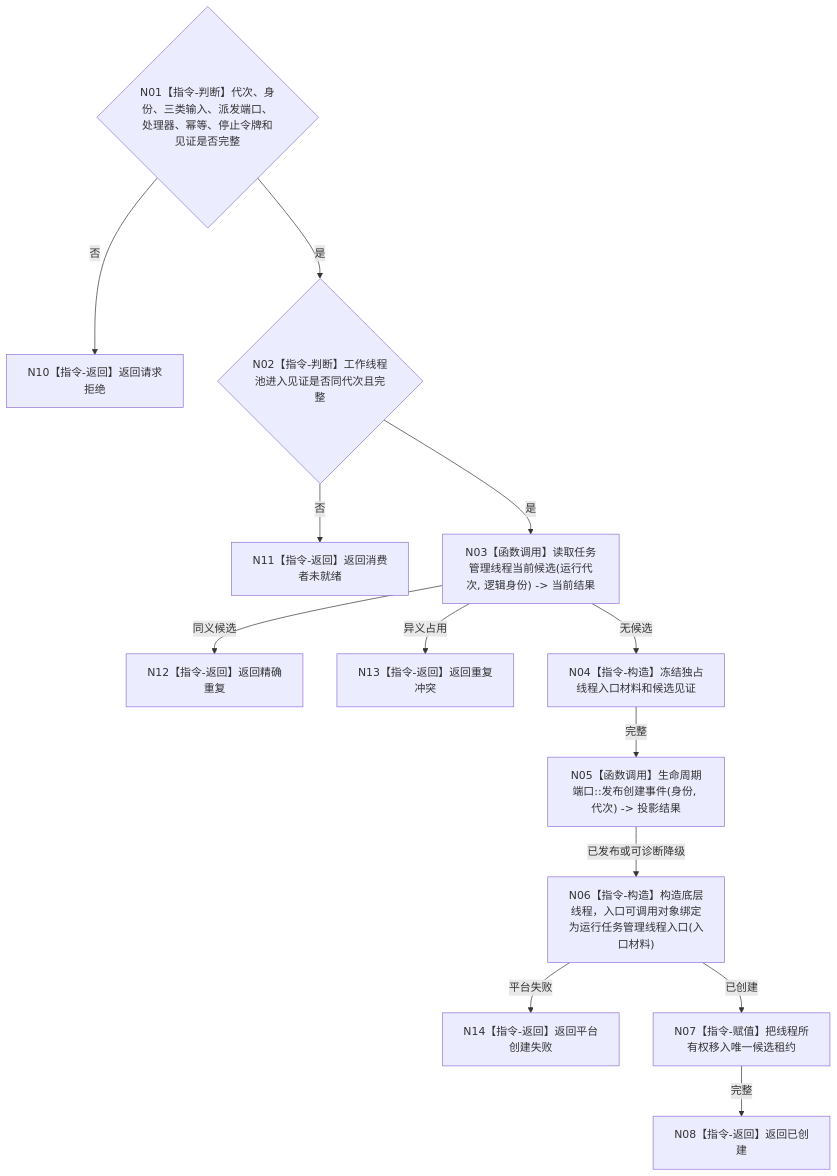
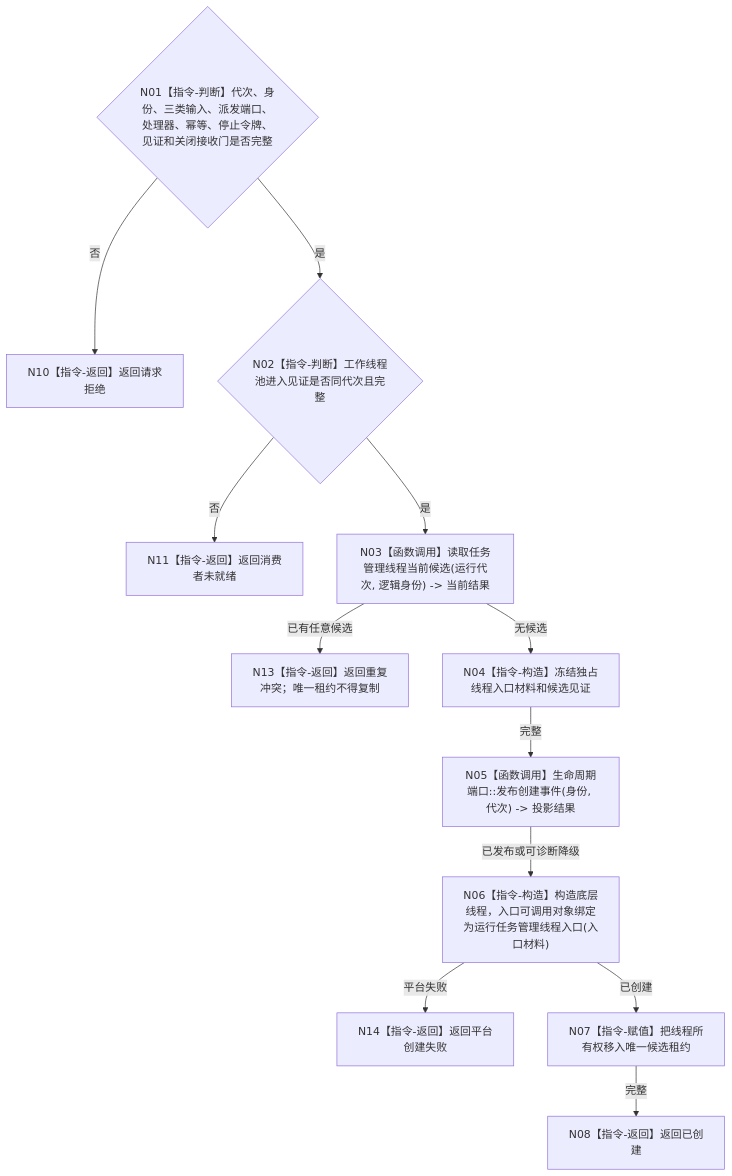
One commit to chunhaizh-cyber/HY-Ego changed the diagram in 流程图/目标业务流程图/L4/BIZ-L4-001-06-01-01_创建任务管理线程候选_目标函数流程图_v0.1.md. Above: the diagram before and after it, drawn with Mermaid. The commit also changed other lines of this file and 17 other files, not shown here.

````diff
--- a/流程图/目标业务流程图/L4/BIZ-L4-001-06-01-01_创建任务管理线程候选_目标函数流程图_v0.1.md
+++ b/流程图/目标业务流程图/L4/BIZ-L4-001-06-01-01_创建任务管理线程候选_目标函数流程图_v0.1.md
@@ -30,15 +30,14 @@
 ```mermaid
 flowchart TD
- N01{"N01【指令-判断】代次、身份、三类输入、派发端口、处理器、幂等、停止令牌和见证是否完整"} -->|否| N10["N10【指令-返回】返回请求拒绝"]
+ N01{"N01【指令-判断】代次、身份、三类输入、派发端口、处理器、幂等、停止令牌、见证和关闭接收门是否完整"} -->|否| N10["N10【指令-返回】返回请求拒绝"]
  N01 -->|是| N02{"N02【指令-判断】工作线程池进入见证是否同代次且完整"}
  N02 -->|否| N11["N11【指令-返回】返回消费者未就绪"]
  N02 -->|是| N03["N03【函数调用】读取任务管理线程当前候选(运行代次, 逻辑身份) -> 当前结果"]
- N03 -->|同义候选| N12["N12【指令-返回】返回精确重复"]
- N03 -->|异义占用| N13["N13【指令-返回】返回重复冲突"]
+ N03 -->|已有任意候选| N13["N13【指令-返回】返回重复冲突；唯一租约不得复制"]
  N03 -->|无候选| N04["N04【指令-构造】冻结独占线程入口材料和候选见证"]
  N04 -->|完整| N05["N05【函数调用】生命周期端口::发布创建事件(身份, 代次) -> 投影结果"]
  N05 -->|已发布或可诊断降级| N06["N06【指令-构造】构造底层线程，入口可调用对象绑定为运行任务管理线程入口(入口材料)"]
  N06 -->|平台失败| N14["N14【指令-返回】返回平台创建失败"]
  N06 -->|已创建| N07["N07【指令-赋值】把线程所有权移入唯一候选租约"]
  N07 -->|完整| N08["N08【指令-返回】返回已创建"]
 ```
````
